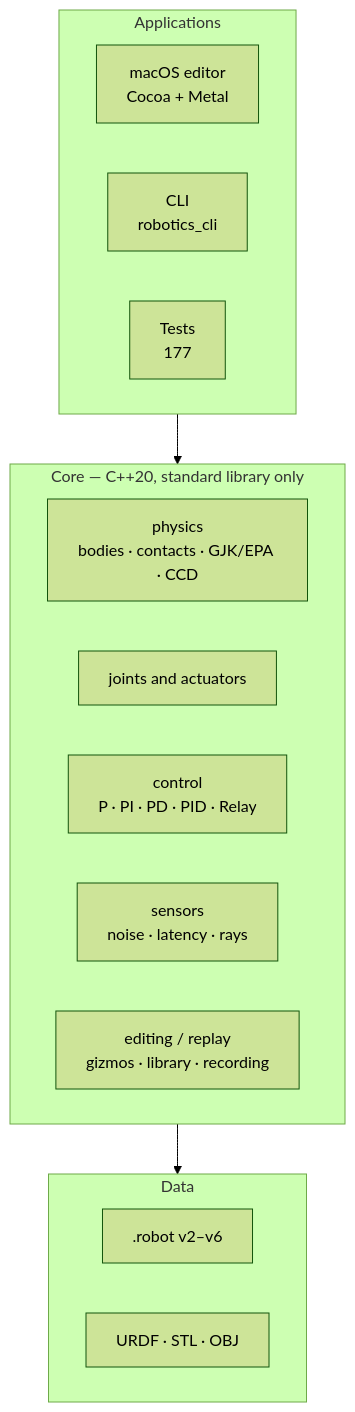
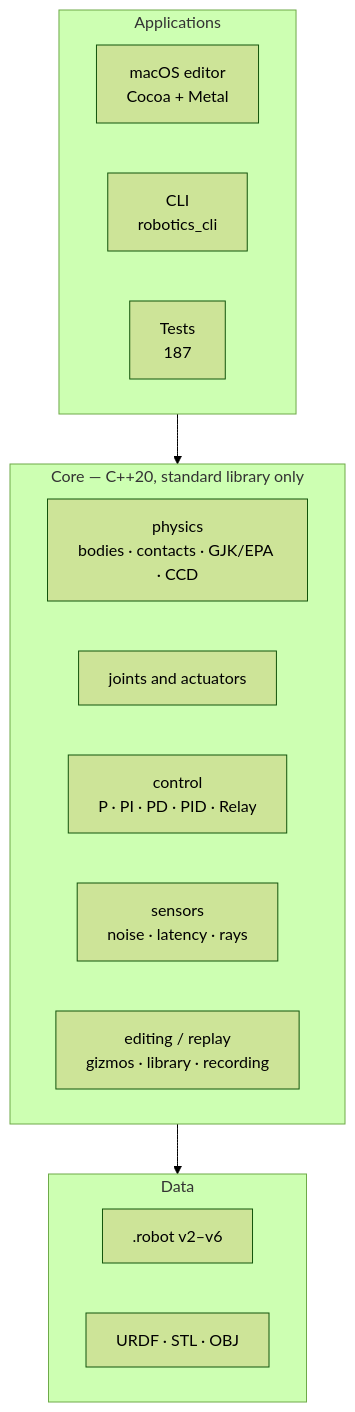
The second of 2 diagrams in README.en.md (Jekov-Evgen/RoboticsModel), drawn with Mermaid (forest theme) before and after one commit. The commit also changed other lines of this file and 16 other files, not shown here.

````diff
--- a/README.en.md
+++ b/README.en.md
@@ -205,20 +214,20 @@
 ```mermaid
 flowchart TB
     subgraph apps[Applications]
         E[macOS editor<br/>Cocoa + Metal]
         C[CLI<br/>robotics_cli]
-        T[Tests<br/>177]
+        T[Tests<br/>187]
     end
     subgraph core[Core — C++20, standard library only]
         P[physics<br/>bodies · contacts · GJK/EPA · CCD]
         J[joints and actuators]
         K[control<br/>P · PI · PD · PID · Relay]
         S[sensors<br/>noise · latency · rays]
         ED[editing / replay<br/>gizmos · library · recording]
     end
     subgraph data[Data]
         F[.robot v2–v6]
         U[URDF · STL · OBJ]
     end
     apps --> core --> data
 ```
````
